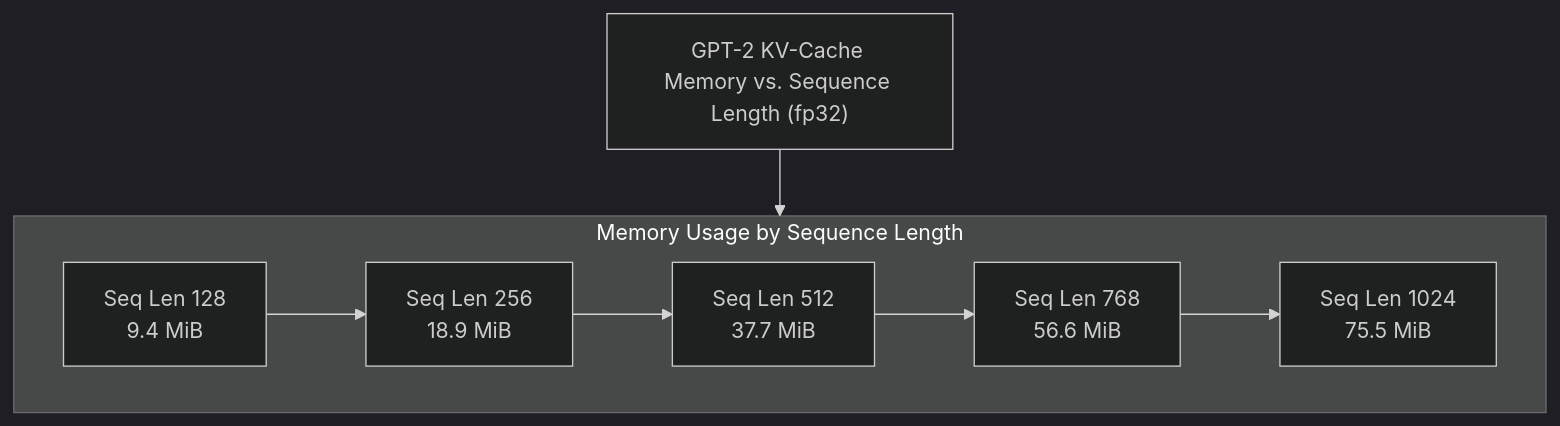
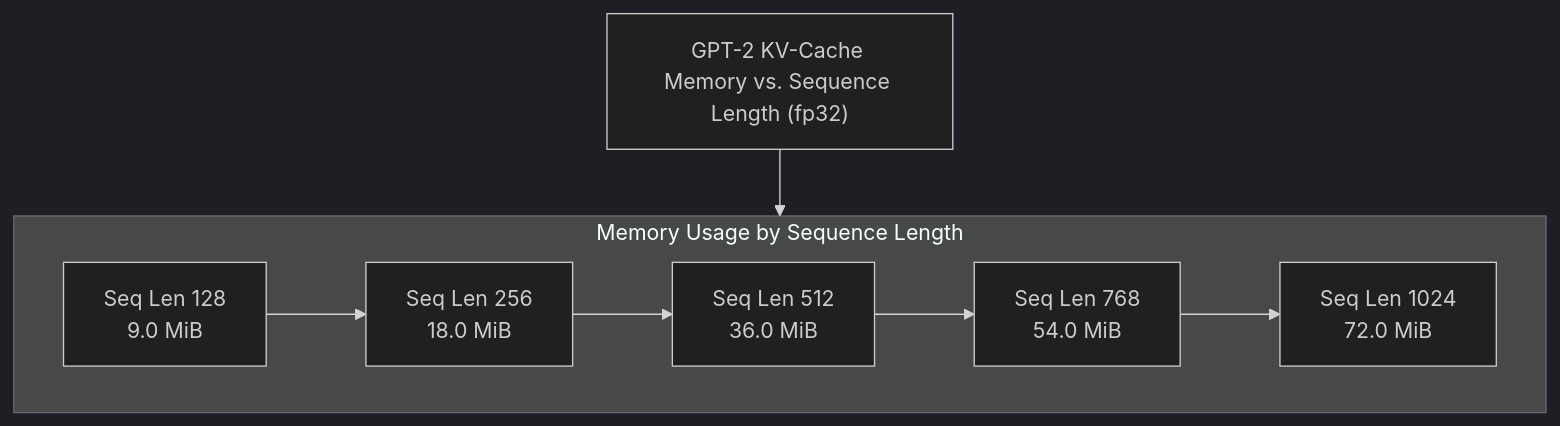
One commit to blebleblee/synapse changed the third of 3 diagrams in topics/computing/ai/ai_foundations/labs.md. Above: the diagram before and after it, drawn with Mermaid (dark theme). The commit also changed other lines of this file and 82 other files, not shown here.

````diff
--- a/topics/computing/ai/ai_foundations/labs.md
+++ b/topics/computing/ai/ai_foundations/labs.md
@@ -979,18 +976,18 @@
 ```mermaid
 flowchart TD
     title["GPT-2 KV-Cache Memory vs. Sequence Length (fp32)"]
 
     subgraph data ["Memory Usage by Sequence Length"]
-        s128["Seq Len 128\n9.4 MiB"]
-        s256["Seq Len 256\n18.9 MiB"]
-        s512["Seq Len 512\n37.7 MiB"]
-        s768["Seq Len 768\n56.6 MiB"]
-        s1024["Seq Len 1024\n75.5 MiB"]
+        s128["Seq Len 128\n9.0 MiB"]
+        s256["Seq Len 256\n18.0 MiB"]
+        s512["Seq Len 512\n36.0 MiB"]
+        s768["Seq Len 768\n54.0 MiB"]
+        s1024["Seq Len 1024\n72.0 MiB"]
     end
 
     title --> data
     s128 --> s256
     s256 --> s512
     s512 --> s768
     s768 --> s1024
 ```
````
